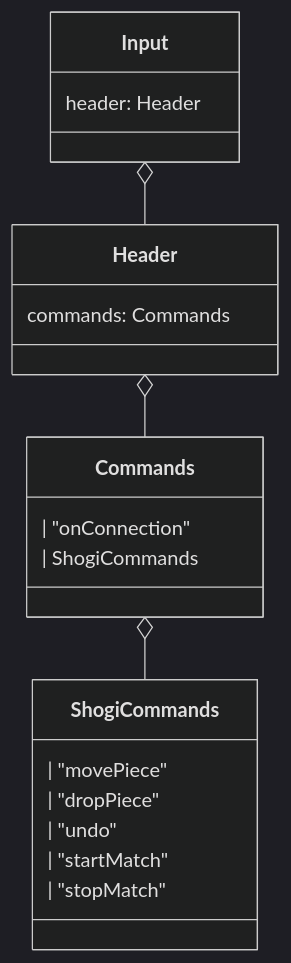
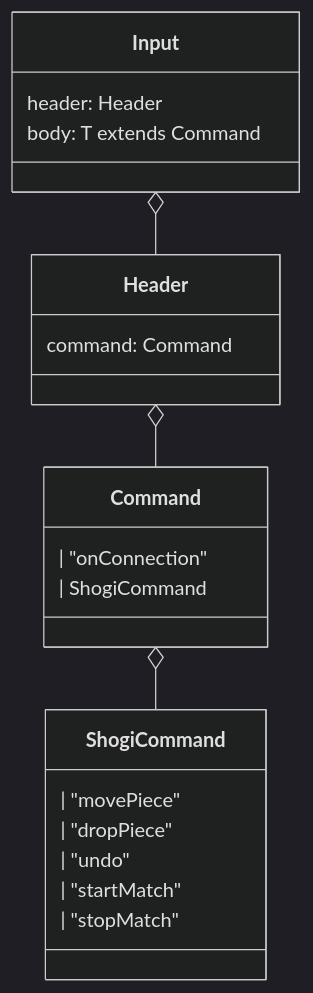
Before and after one commit to fujitashuichi/undo-shogi: the first of 2 diagrams in packages/ws-messages/src/messageMapping.md, drawn with Mermaid (dark theme). The commit also changed other lines of this file and 7 other files, not shown here.

````diff
--- a/packages/ws-messages/src/messageMapping.md
+++ b/packages/ws-messages/src/messageMapping.md
@@ -1,32 +1,33 @@
 ```mermaid
 classDiagram
 
-class ShogiCommands{
+class ShogiCommand{
   | "movePiece"
   | "dropPiece"
   | "undo"
   | "startMatch"
   | "stopMatch"
 }
 
-class Commands{
+class Command{
   | "onConnection"
-  | ShogiCommands
+  | ShogiCommand
 }
 
-Commands o-- ShogiCommands
+Command o-- ShogiCommand
 
 
 class Header{
-  commands: Commands
+  command: Command
 }
 
-Header o-- Commands
+Header o-- Command
 
 
 class Input{
   header: Header
+  body: T extends Command
 }
 
 Input o-- Header
 ```
````
